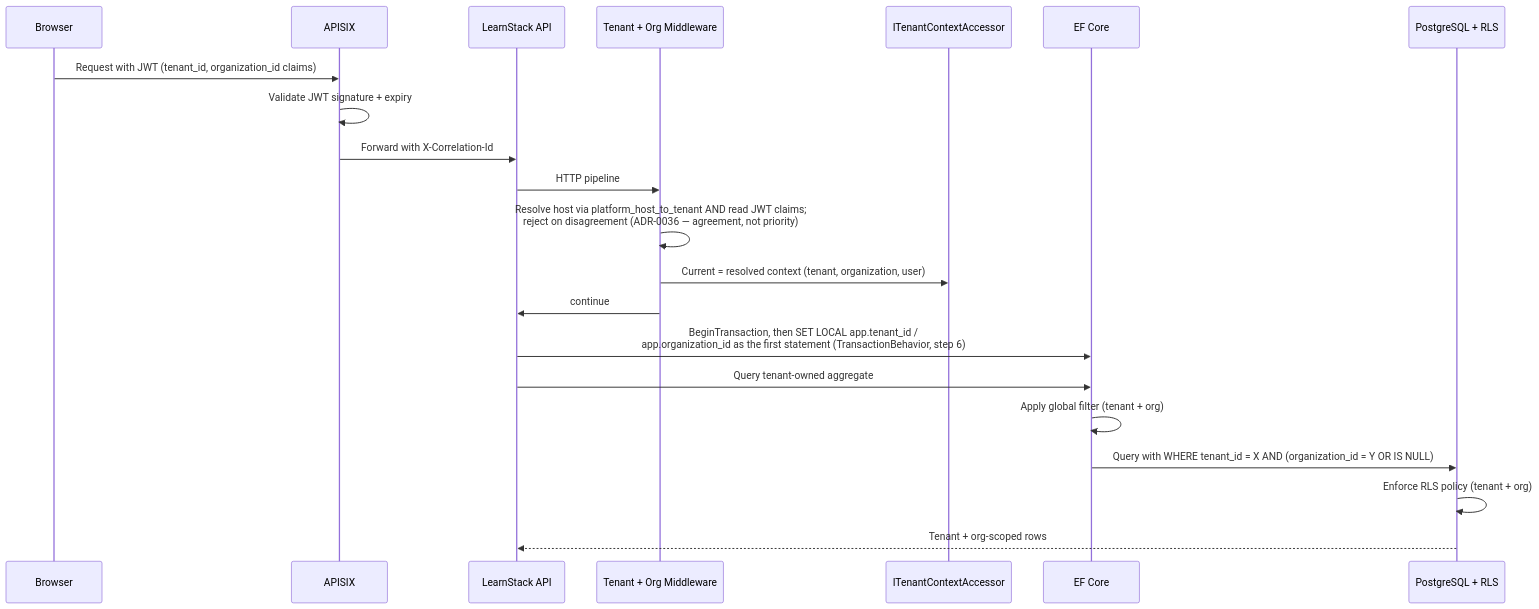
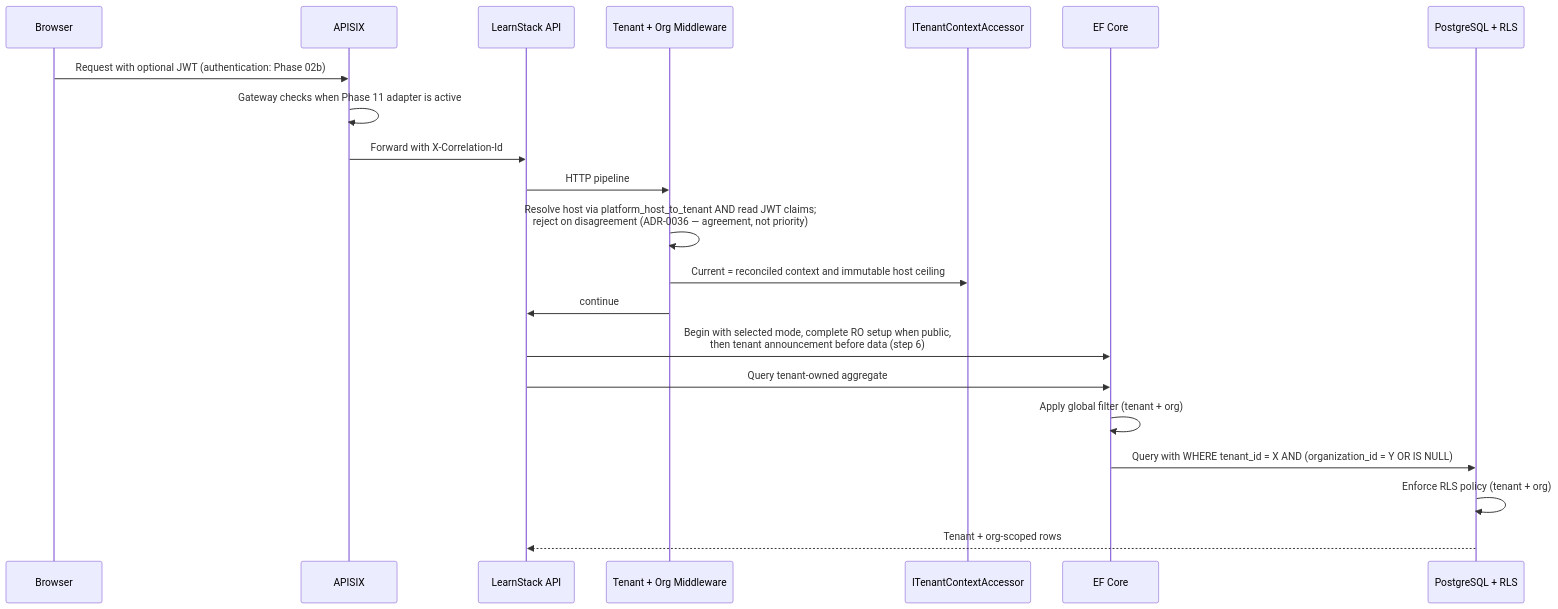
The diagram in docs/architecture/09-tenant-isolation.md (HodeTech/LearnStack), drawn with Mermaid before and after one commit. The commit also changed other lines of this file and 38 other files, not shown here.

````diff
--- a/docs/architecture/09-tenant-isolation.md
+++ b/docs/architecture/09-tenant-isolation.md
@@ -53,24 +61,24 @@
 ```mermaid
 sequenceDiagram
     participant Browser
     participant APISIX
     participant API as LearnStack API
     participant MW as Tenant + Org Middleware
     participant Accessor as ITenantContextAccessor
     participant EF as EF Core
     participant PG as PostgreSQL + RLS
 
-    Browser->>APISIX: Request with JWT (tenant_id, organization_id claims)
-    APISIX->>APISIX: Validate JWT signature + expiry
+    Browser->>APISIX: Request with optional JWT (authentication: Phase 02b)
+    APISIX->>APISIX: Gateway checks when Phase 11 adapter is active
     APISIX->>API: Forward with X-Correlation-Id
     API->>MW: HTTP pipeline
     MW->>MW: Resolve host via platform_host_to_tenant AND read JWT claims#59;<br/>reject on disagreement (ADR-0036 — agreement, not priority)
-    MW->>Accessor: Current = resolved context (tenant, organization, user)
+    MW->>Accessor: Current = reconciled context and immutable host ceiling
     MW->>API: continue
-    API->>EF: BeginTransaction, then SET LOCAL app.tenant_id /<br/>app.organization_id as the first statement (TransactionBehavior, step 6)
+    API->>EF: Begin with selected mode, complete RO setup when public,<br/>then tenant announcement before data (step 6)
     API->>EF: Query tenant-owned aggregate
     EF->>EF: Apply global filter (tenant + org)
     EF->>PG: Query with WHERE tenant_id = X AND (organization_id = Y OR IS NULL)
     PG->>PG: Enforce RLS policy (tenant + org)
     PG-->>API: Tenant + org-scoped rows
 ```
````
